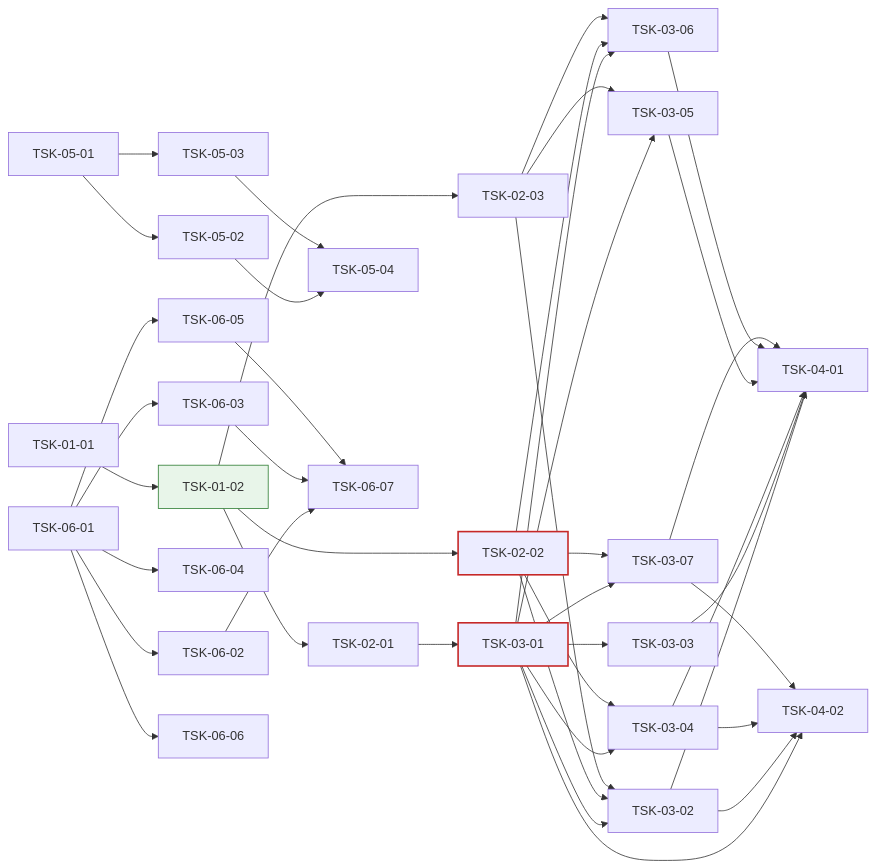
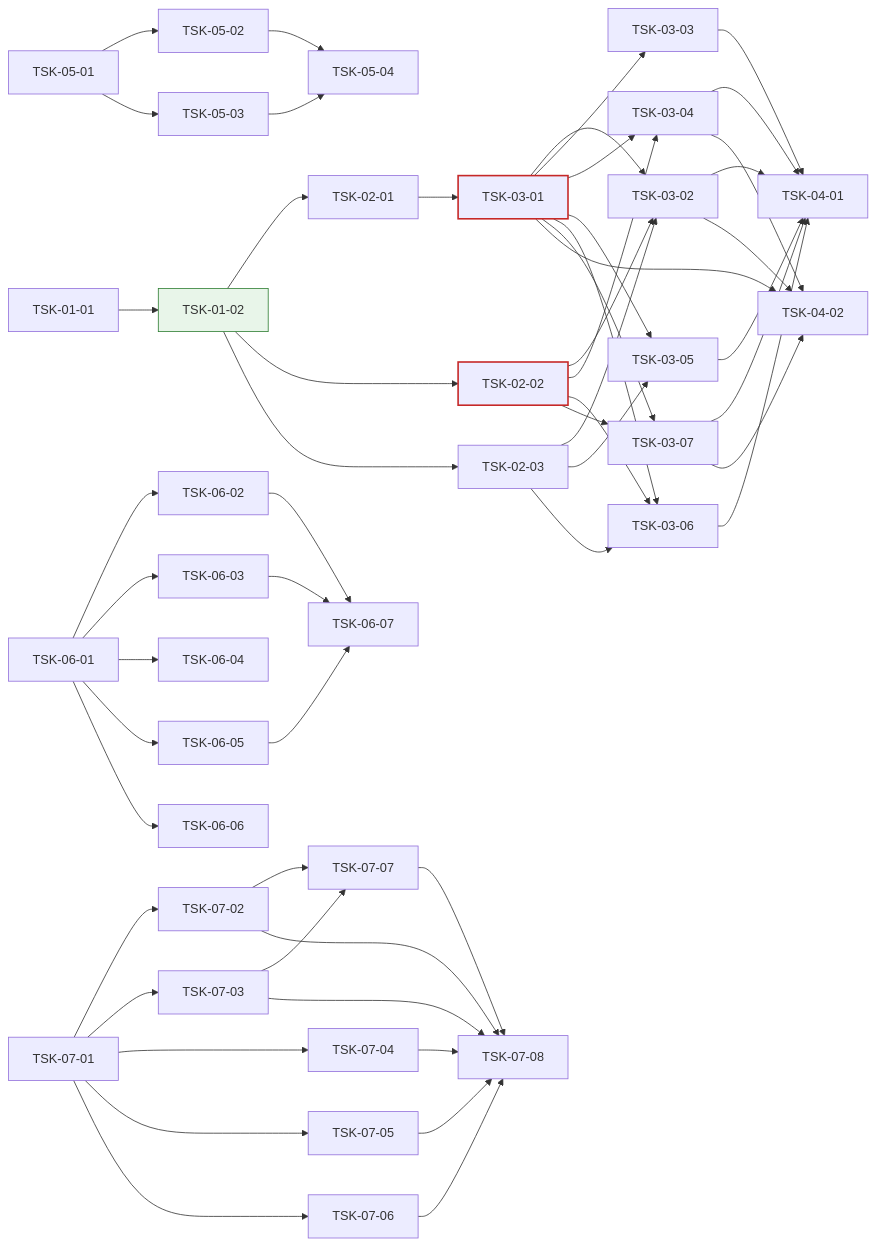
The diagram in docs/oranda1/wbs.md (jongik-sv/oranda), drawn with Mermaid before and after one commit. The commit also changed other lines of this file and 4 other files, not shown here.

````diff
--- a/docs/oranda1/wbs.md
+++ b/docs/oranda1/wbs.md
@@ -418,46 +516,59 @@
 ```mermaid
 graph LR
   TSK-01-01 --> TSK-01-02
   TSK-01-02 --> TSK-02-01
   TSK-01-02 --> TSK-02-02
   TSK-01-02 --> TSK-02-03
   TSK-02-01 --> TSK-03-01
   TSK-03-01 --> TSK-03-02
   TSK-02-02 --> TSK-03-02
   TSK-02-03 --> TSK-03-02
   TSK-03-01 --> TSK-03-03
   TSK-03-01 --> TSK-03-04
   TSK-02-02 --> TSK-03-04
   TSK-03-01 --> TSK-03-05
   TSK-02-03 --> TSK-03-05
   TSK-03-01 --> TSK-03-06
   TSK-02-02 --> TSK-03-06
   TSK-02-03 --> TSK-03-06
   TSK-03-01 --> TSK-03-07
   TSK-02-02 --> TSK-03-07
   TSK-03-02 --> TSK-04-01
   TSK-03-03 --> TSK-04-01
   TSK-03-04 --> TSK-04-01
   TSK-03-05 --> TSK-04-01
   TSK-03-06 --> TSK-04-01
   TSK-03-07 --> TSK-04-01
   TSK-03-01 --> TSK-04-02
   TSK-03-02 --> TSK-04-02
   TSK-03-04 --> TSK-04-02
   TSK-03-07 --> TSK-04-02
   TSK-05-01 --> TSK-05-02
   TSK-05-01 --> TSK-05-03
   TSK-05-02 --> TSK-05-04
   TSK-05-03 --> TSK-05-04
   TSK-06-01 --> TSK-06-02
   TSK-06-01 --> TSK-06-03
   TSK-06-01 --> TSK-06-04
   TSK-06-01 --> TSK-06-05
   TSK-06-01 --> TSK-06-06
   TSK-06-02 --> TSK-06-07
   TSK-06-03 --> TSK-06-07
   TSK-06-05 --> TSK-06-07
+  TSK-07-01 --> TSK-07-02
+  TSK-07-01 --> TSK-07-03
+  TSK-07-01 --> TSK-07-04
+  TSK-07-01 --> TSK-07-05
+  TSK-07-01 --> TSK-07-06
+  TSK-07-02 --> TSK-07-07
+  TSK-07-03 --> TSK-07-07
+  TSK-07-02 --> TSK-07-08
+  TSK-07-03 --> TSK-07-08
+  TSK-07-04 --> TSK-07-08
+  TSK-07-05 --> TSK-07-08
+  TSK-07-06 --> TSK-07-08
+  TSK-07-07 --> TSK-07-08
   style TSK-01-02 fill:#e8f5e9,stroke:#2e7d32
   style TSK-03-01 stroke:#c62828,stroke-width:2px
   style TSK-02-02 stroke:#c62828,stroke-width:2px
 ```
````
